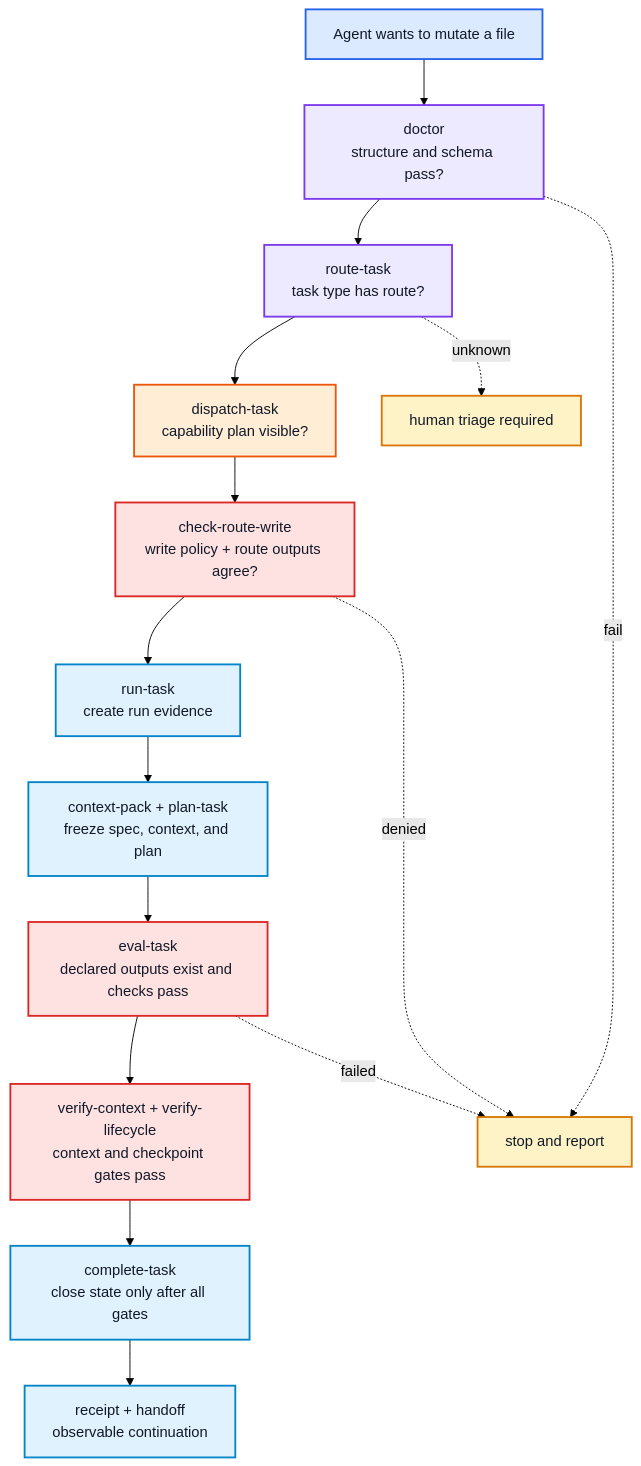
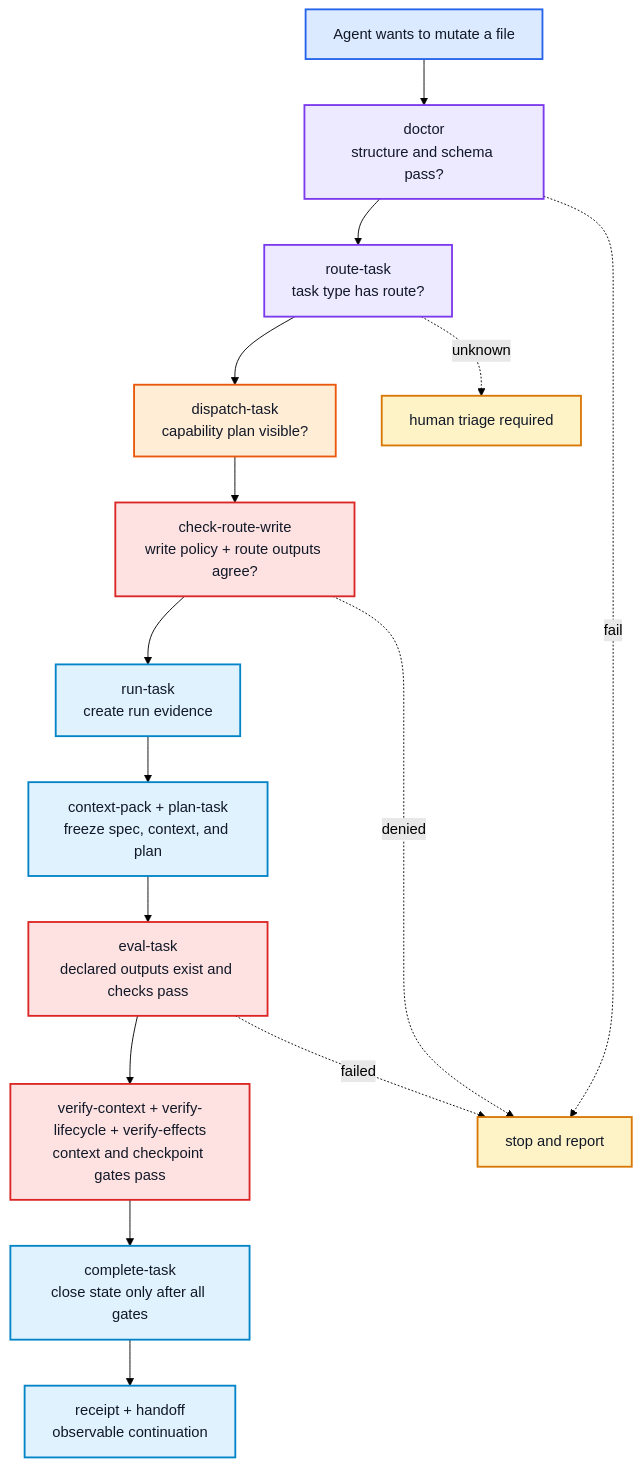
Before and after one commit to Fly-Carrot/KnowledgeOS: the third of 3 diagrams in docs/agentos-architecture.md, drawn with Mermaid (forest theme). The commit also changed other lines of this file and 31 other files, not shown here.

````diff
--- a/docs/agentos-architecture.md
+++ b/docs/agentos-architecture.md
@@ -441,25 +441,25 @@
 ```mermaid
 flowchart TB
     Start["Agent wants to mutate a file"]:::shell --> Doctor["doctor\nstructure and schema pass?"]:::control
     Doctor --> Route["route-task\ntask type has route?"]:::control
     Route --> Dispatch["dispatch-task\ncapability plan visible?"]:::capability
     Dispatch --> Write["check-route-write\nwrite policy + route outputs agree?"]:::guard
     Write --> Run["run-task\ncreate run evidence"]:::kernel
     Run --> Context["context-pack + plan-task\nfreeze spec, context, and plan"]:::kernel
     Context --> Eval["eval-task\ndeclared outputs exist and checks pass"]:::guard
-    Eval --> Verify["verify-context + verify-lifecycle\ncontext and checkpoint gates pass"]:::guard
+    Eval --> Verify["verify-context + verify-lifecycle + verify-effects\ncontext and checkpoint gates pass"]:::guard
     Verify --> Complete["complete-task\nclose state only after all gates"]:::kernel
     Complete --> Receipt["receipt + handoff\nobservable continuation"]:::kernel
 
     Doctor -. fail .-> Stop["stop and report"]:::human
     Route -. unknown .-> Triage["human triage required"]:::human
     Write -. denied .-> Stop
     Eval -. failed .-> Stop
 
     classDef shell fill:#dbeafe,stroke:#2563eb,color:#111827,stroke-width:2px;
     classDef control fill:#ede9fe,stroke:#7c3aed,color:#111827,stroke-width:2px;
     classDef capability fill:#ffedd5,stroke:#ea580c,color:#111827,stroke-width:2px;
     classDef guard fill:#fee2e2,stroke:#dc2626,color:#111827,stroke-width:2px;
     classDef kernel fill:#e0f2fe,stroke:#0284c7,color:#111827,stroke-width:2px;
     classDef human fill:#fef3c7,stroke:#d97706,color:#111827,stroke-width:2px;
 ```
````
